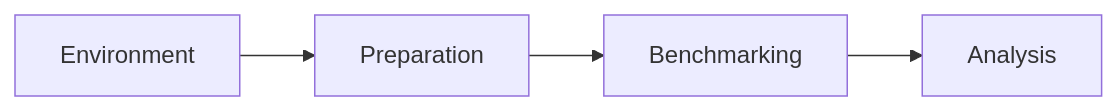
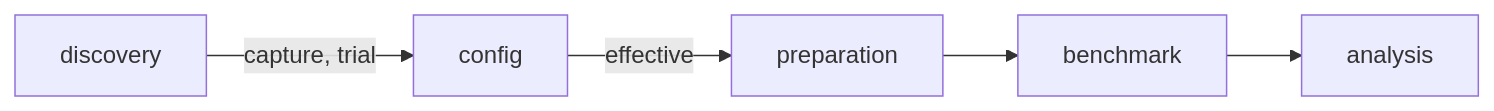
One commit to JuneKim0007/cryptobenchmark changed the diagram in README.md. Above: the diagram before and after it, drawn with Mermaid. The commit also changed other lines of this file and 9 other files, not shown here.

````diff
--- a/README.md
+++ b/README.md
@@ -9,4 +11,4 @@
 ```mermaid
 flowchart LR
-    E[Environment] --> P[Preparation] --> B[Benchmarking] --> A[Analysis]
+    D[discovery] -- capture, trial --> C[config] -- effective --> P[preparation] --> B[benchmark] --> A[analysis]
 ```
````
